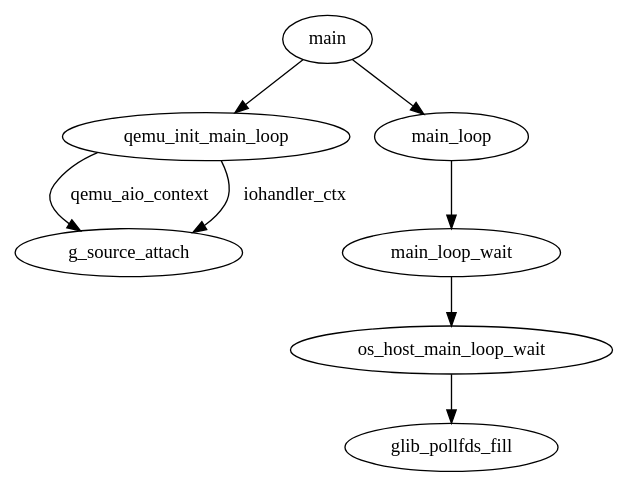
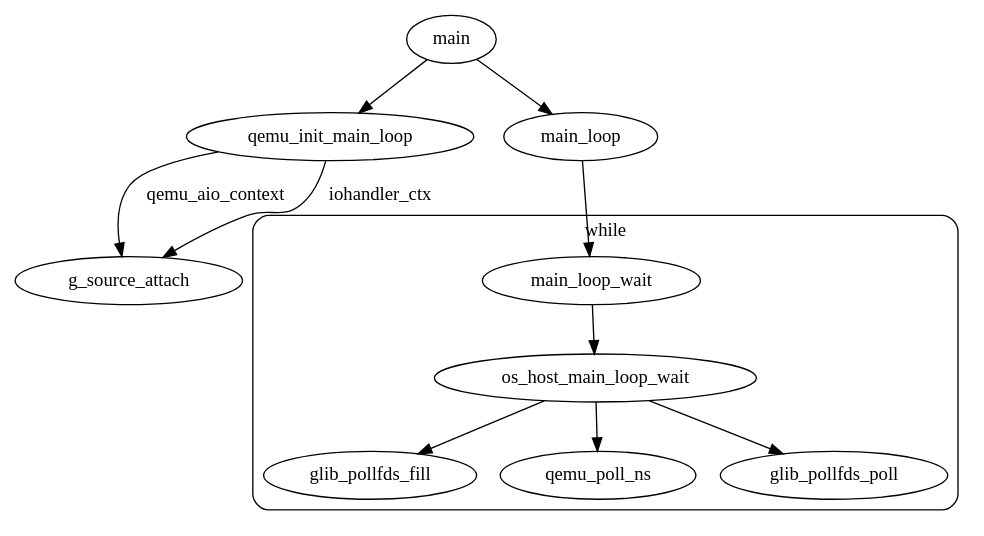
Before and after one commit to rivsidn/repositories-incubator: the diagram in qemu_src/事件循环机制.md, drawn with Graphviz. The commit also changed 2 other files, not shown here.

````diff
--- a/qemu_src/事件循环机制.md
+++ b/qemu_src/事件循环机制.md
@@ -3,12 +3,19 @@
 ```dot
 digraph G {
     main -> qemu_init_main_loop;
     qemu_init_main_loop -> g_source_attach[label="qemu_aio_context"];
     qemu_init_main_loop -> g_source_attach[label="iohandler_ctx"];
 
     main -> main_loop;
     main_loop -> main_loop_wait;
-    main_loop_wait -> os_host_main_loop_wait;
-    os_host_main_loop_wait -> glib_pollfds_fill;
+    subgraph cluster_while {
+        label = "while"
+        style = "rounded"
+
+        main_loop_wait -> os_host_main_loop_wait;
+        os_host_main_loop_wait -> glib_pollfds_fill;
+        os_host_main_loop_wait -> qemu_poll_ns;
+        os_host_main_loop_wait -> glib_pollfds_poll;
+    }
 }
 ```
````
